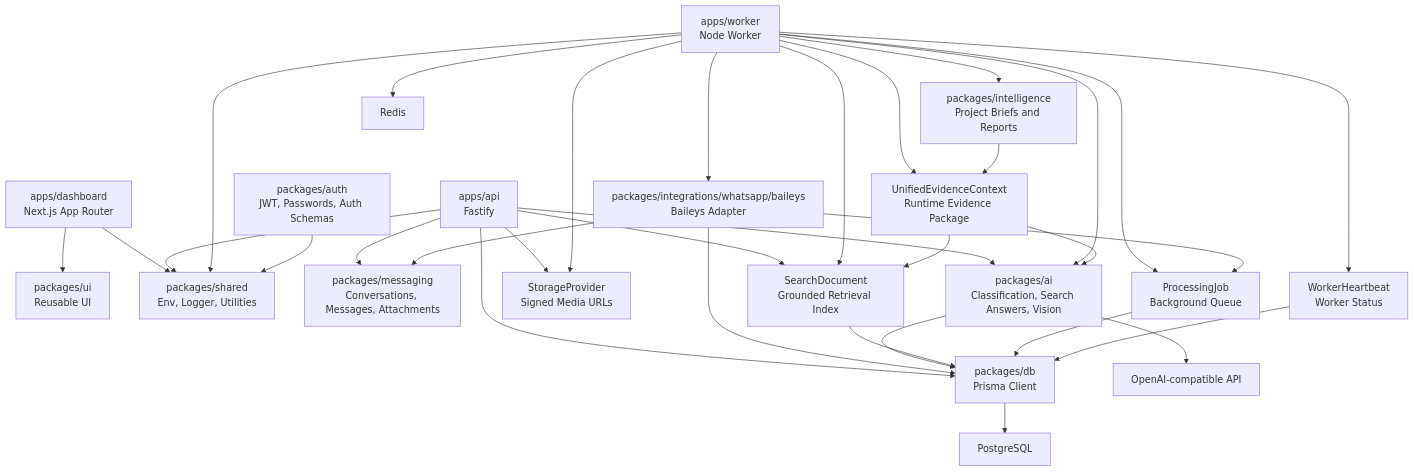
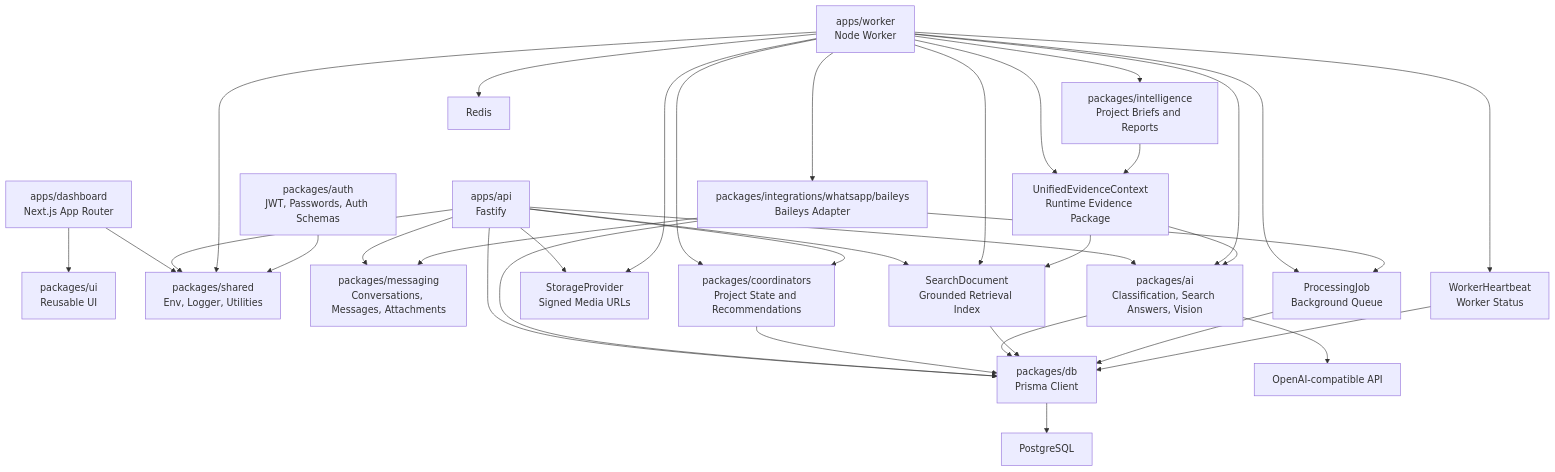
One commit to premhiru/fieldos changed the diagram in README.md. Above: the diagram before and after it, drawn with Mermaid. The commit also changed other lines of this file and 34 other files, not shown here.

Commit message:
feat: add AI project coordinators and recommendations

````diff
--- a/README.md
+++ b/README.md
@@ -41,54 +42,58 @@
 ```mermaid
 flowchart TD
   Dashboard["apps/dashboard\nNext.js App Router"]
   API["apps/api\nFastify"]
   Worker["apps/worker\nNode Worker"]
   UI["packages/ui\nReusable UI"]
   DB["packages/db\nPrisma Client"]
   Shared["packages/shared\nEnv, Logger, Utilities"]
   Auth["packages/auth\nJWT, Passwords, Auth Schemas"]
   Messaging["packages/messaging\nConversations, Messages, Attachments"]
   AI["packages/ai\nClassification, Search Answers, Vision"]
   Intelligence["packages/intelligence\nProject Briefs and Reports"]
+  Coordinators["packages/coordinators\nProject State and Recommendations"]
   Evidence["UnifiedEvidenceContext\nRuntime Evidence Package"]
   Storage["StorageProvider\nSigned Media URLs"]
   Search["SearchDocument\nGrounded Retrieval Index"]
   Jobs["ProcessingJob\nBackground Queue"]
   Heartbeat["WorkerHeartbeat\nWorker Status"]
   WhatsApp["packages/integrations/whatsapp/baileys\nBaileys Adapter"]
   Postgres["PostgreSQL"]
   Redis["Redis"]
   Provider["OpenAI-compatible API"]
 
   Dashboard --> UI
   Dashboard --> Shared
   API --> DB
   API --> Shared
   API --> Messaging
   API --> AI
   API --> Search
   Worker --> Shared
   Worker --> AI
   Worker --> Intelligence
+  Worker --> Coordinators
   Worker --> WhatsApp
   Worker --> Jobs
   Worker --> Search
   Worker --> Heartbeat
   Worker --> Evidence
   WhatsApp --> DB
   WhatsApp --> Messaging
   WhatsApp --> Jobs
   Evidence --> AI
   Intelligence --> Evidence
+  Coordinators --> DB
+  API --> Coordinators
   Evidence --> Search
   API --> Storage
   Worker --> Storage
   AI --> Provider
   AI --> DB
   Search --> DB
   Jobs --> DB
   Heartbeat --> DB
   Worker --> Redis
   DB --> Postgres
   Auth --> Shared
 ```
````
